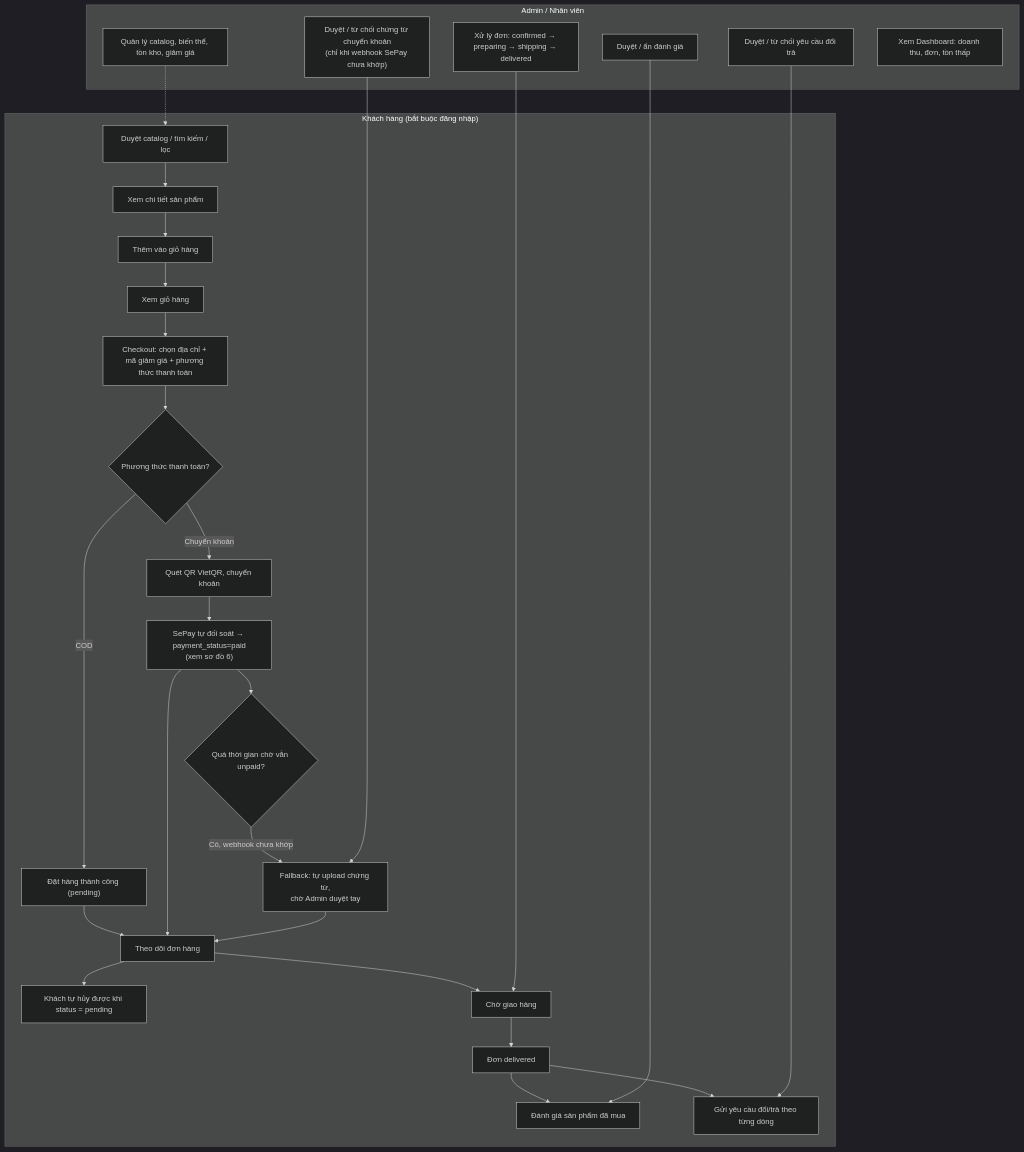
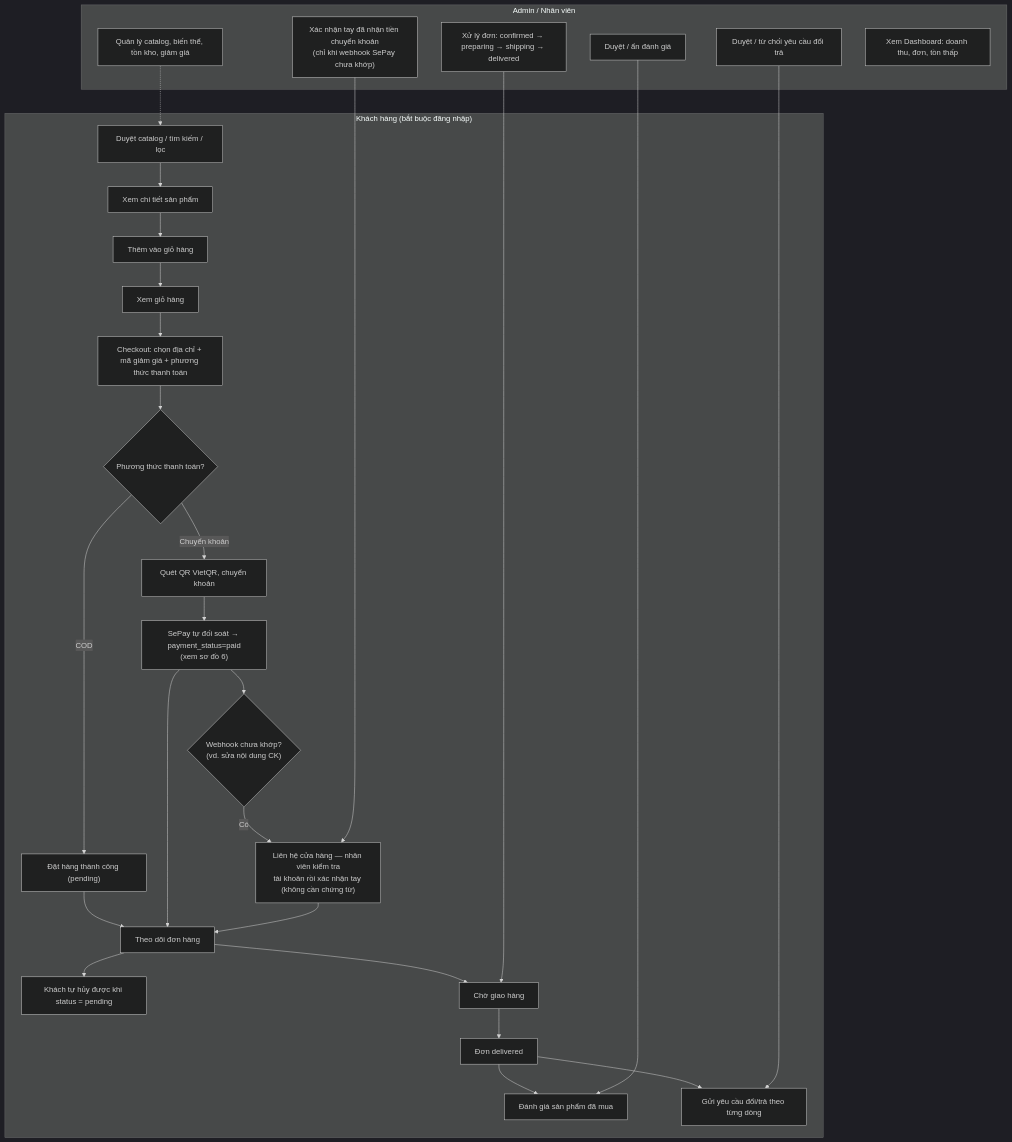
One commit to Thinha1/fashion-store changed the first of 6 diagrams in BUSINESS_FLOWS.md. Above: the diagram before and after it, drawn with Mermaid (dark theme). The commit also changed other lines of this file and 32 other files, not shown here.

````diff
--- a/BUSINESS_FLOWS.md
+++ b/BUSINESS_FLOWS.md
@@ -11,38 +11,38 @@
 ```mermaid
 flowchart TD
     subgraph KH["Khách hàng (bắt buộc đăng nhập)"]
         A1["Duyệt catalog / tìm kiếm / lọc"] --> A2["Xem chi tiết sản phẩm"]
         A2 --> A3["Thêm vào giỏ hàng"]
         A3 --> A4["Xem giỏ hàng"]
         A4 --> A5["Checkout: chọn địa chỉ + mã giảm giá + phương thức thanh toán"]
         A5 --> A6{"Phương thức thanh toán?"}
         A6 -->|COD| A7["Đặt hàng thành công (pending)"]
         A6 -->|Chuyển khoản| A8["Quét QR VietQR, chuyển khoản"]
         A8 --> A9["SePay tự đối soát → payment_status=paid\n(xem sơ đồ 6)"]
-        A9 --> A9b{"Quá thời gian chờ vẫn unpaid?"}
-        A9b -->|Có, webhook chưa khớp| A9c["Fallback: tự upload chứng từ,\nchờ Admin duyệt tay"]
+        A9 --> A9b{"Webhook chưa khớp?\n(vd. sửa nội dung CK)"}
+        A9b -->|Có| A9c["Liên hệ cửa hàng — nhân viên kiểm tra\ntài khoản rồi xác nhận tay (không cần chứng từ)"]
         A7 --> A10["Theo dõi đơn hàng"]
         A9 --> A10
         A9c --> A10
         A10 --> A12["Khách tự hủy được khi status = pending"]
         A10 --> A13["Chờ giao hàng"]
         A13 --> A14["Đơn delivered"]
         A14 --> A15["Đánh giá sản phẩm đã mua"]
         A14 --> A16["Gửi yêu cầu đổi/trả theo từng dòng"]
     end
 
     subgraph AD["Admin / Nhân viên"]
         B1["Quản lý catalog, biến thể, tồn kho, giảm giá"]
-        B2["Duyệt / từ chối chứng từ chuyển khoản\n(chỉ khi webhook SePay chưa khớp)"]
+        B2["Xác nhận tay đã nhận tiền chuyển khoản\n(chỉ khi webhook SePay chưa khớp)"]
         B3["Xử lý đơn: confirmed → preparing → shipping → delivered"]
         B4["Duyệt / từ chối yêu cầu đổi trả"]
         B5["Duyệt / ẩn đánh giá"]
         B6["Xem Dashboard: doanh thu, đơn, tồn thấp"]
     end
 
     B1 -.-> A1
     B2 --> A9c
     B3 --> A13
     B4 --> A16
     B5 --> A15
 ```
````
